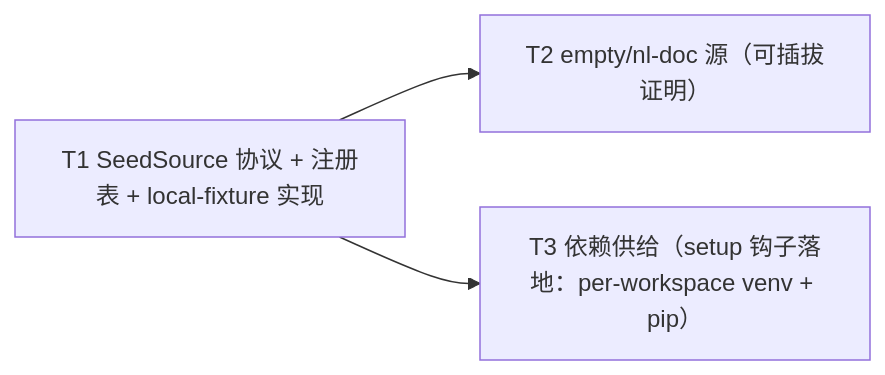
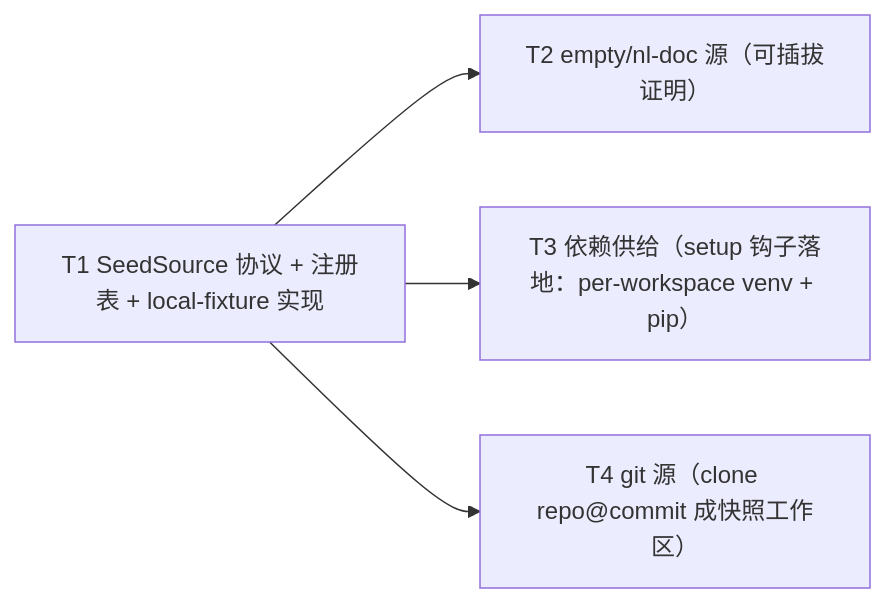
One commit to Curry09/AHE-Beta changed diagram 14 of 15 in docs/specs/OVERVIEW.md. Above: the diagram before and after it, drawn with Mermaid. The commit also changed other lines of this file and 3 other files, not shown here.

First line of the commit message:
spec(0009/T4): git 源 clone repo@commit 成快照工作区

````diff
--- a/docs/specs/OVERVIEW.md
+++ b/docs/specs/OVERVIEW.md
@@ -1107,8 +1116,10 @@
 ```mermaid
 graph LR
     nT1["T1 SeedSource 协议 + 注册表 + local-fixture 实现"]
     nT2["T2 empty/nl-doc 源（可插拔证明）"]
     nT3["T3 依赖供给（setup 钩子落地：per-workspace venv + pip）"]
+    nT4["T4 git 源（clone repo@commit 成快照工作区）"]
     nT1 --> nT2
     nT1 --> nT3
+    nT1 --> nT4
 ```
````
